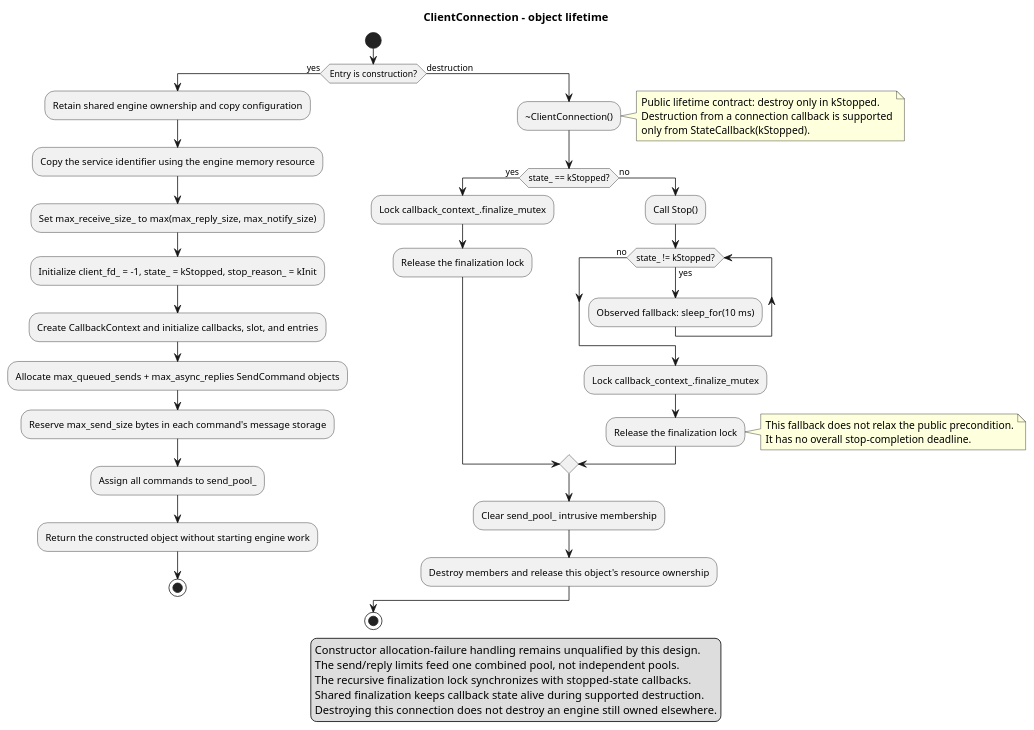
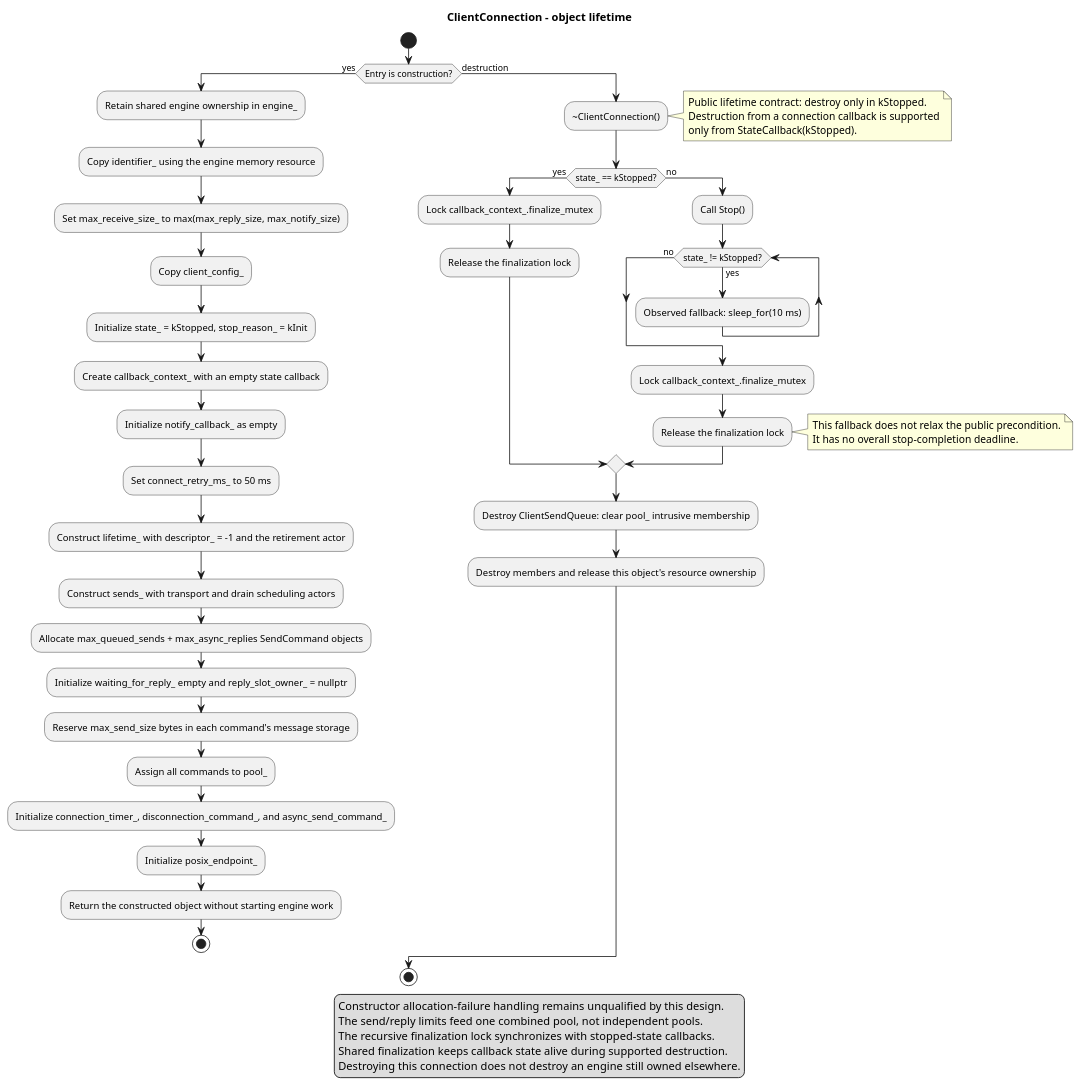
Before and after one commit to eclipse-score/communication: the diagram in score/message_passing/dependability/software_unit_design/client_connection_object_lifetime_activity.puml, drawn with PlantUML. The commit also changed 43 other files, not shown here.

First line of the commit message:
message_passing: extract client_connection state helpers

```diff
--- a/score/message_passing/dependability/software_unit_design/client_connection_object_lifetime_activity.puml
+++ b/score/message_passing/dependability/software_unit_design/client_connection_object_lifetime_activity.puml
@@ -1,51 +1,59 @@
 @startuml client_connection_object_lifetime_activity
 title ClientConnection - object lifetime
 
 start
 if (Entry is construction?) then (yes)
-    :Retain shared engine ownership and copy configuration;
-    :Copy the service identifier using the engine memory resource;
+    :Retain shared engine ownership in engine_;
+    :Copy identifier_ using the engine memory resource;
     :Set max_receive_size_ to max(max_reply_size, max_notify_size);
-    :Initialize client_fd_ = -1, state_ = kStopped, stop_reason_ = kInit;
-    :Create CallbackContext and initialize callbacks, slot, and entries;
+    :Copy client_config_;
+    :Initialize state_ = kStopped, stop_reason_ = kInit;
+    :Create callback_context_ with an empty state callback;
+    :Initialize notify_callback_ as empty;
+    :Set connect_retry_ms_ to 50 ms;
+    :Construct lifetime_ with descriptor_ = -1 and the retirement actor;
+    :Construct sends_ with transport and drain scheduling actors;
     :Allocate max_queued_sends + max_async_replies SendCommand objects;
+    :Initialize waiting_for_reply_ empty and reply_slot_owner_ = nullptr;
     :Reserve max_send_size bytes in each command's message storage;
-    :Assign all commands to send_pool_;
+    :Assign all commands to pool_;
+    :Initialize connection_timer_, disconnection_command_, and async_send_command_;
+    :Initialize posix_endpoint_;
     :Return the constructed object without starting engine work;
     stop
 else (destruction)
     :~ClientConnection();
     note right
         Public lifetime contract: destroy only in kStopped.
         Destruction from a connection callback is supported
         only from StateCallback(kStopped).
     end note
     if (state_ == kStopped?) then (yes)
         :Lock callback_context_.finalize_mutex;
         :Release the finalization lock;
     else (no)
         :Call Stop();
         while (state_ != kStopped?) is (yes)
             :Observed fallback: sleep_for(10 ms);
         endwhile (no)
         :Lock callback_context_.finalize_mutex;
         :Release the finalization lock;
         note right
             This fallback does not relax the public precondition.
             It has no overall stop-completion deadline.
         end note
     endif
-    :Clear send_pool_ intrusive membership;
+    :Destroy ClientSendQueue: clear pool_ intrusive membership;
     :Destroy members and release this object's resource ownership;
 endif
 stop
 
 legend
     Constructor allocation-failure handling remains unqualified by this design.
     The send/reply limits feed one combined pool, not independent pools.
     The recursive finalization lock synchronizes with stopped-state callbacks.
     Shared finalization keeps callback state alive during supported destruction.
     Destroying this connection does not destroy an engine still owned elsewhere.
 endlegend
 
 @enduml
```
